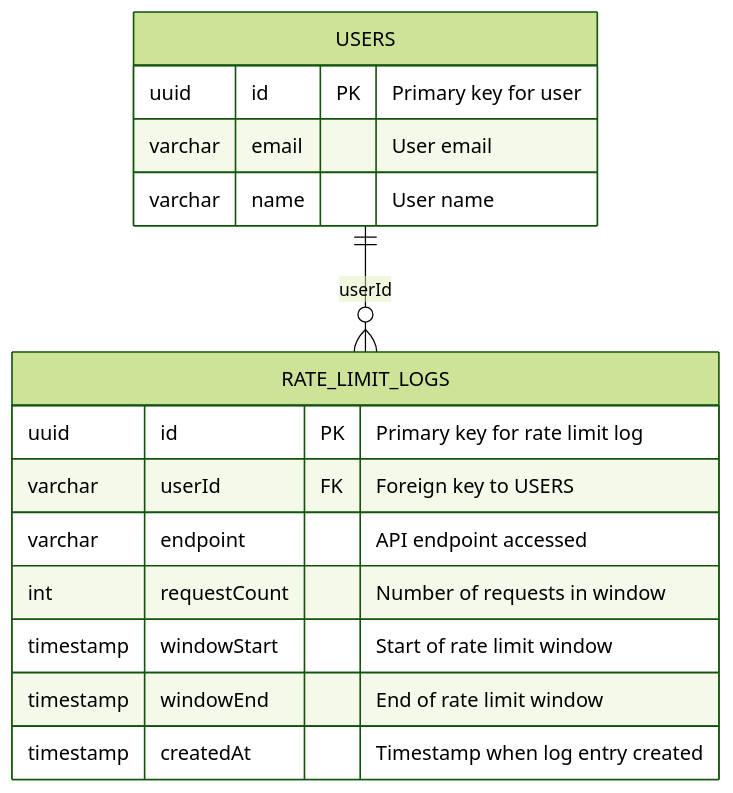
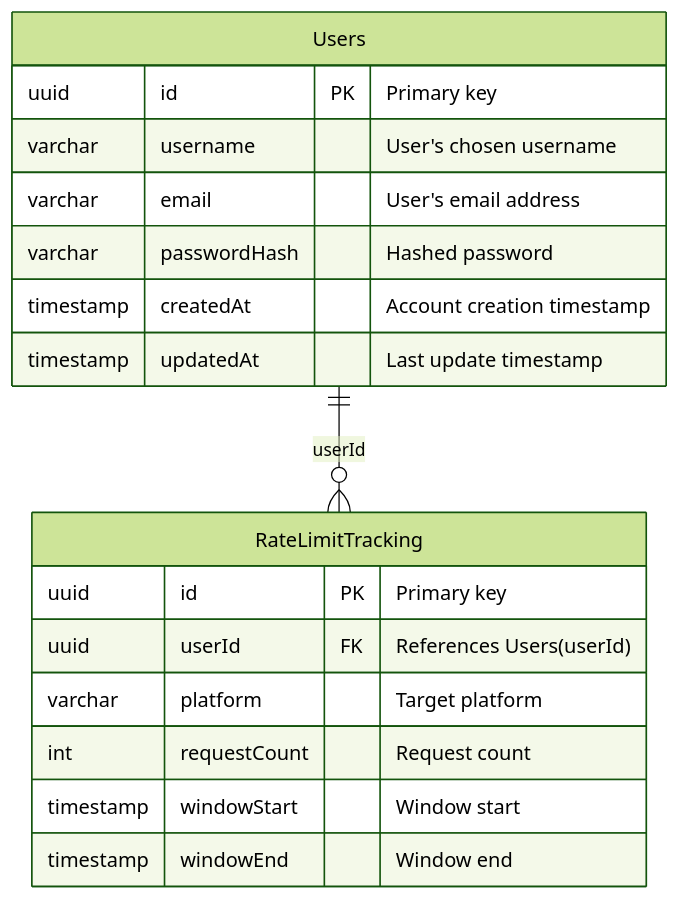
Before and after one commit to hainguyen81/enterprise-it-ai: the fourth of 4 diagrams in sources/storage/business-analysis/social-scheduler/requirements.md, drawn with Mermaid (forest theme). The commit also changed other lines of this file and 4 other files, not shown here.

````diff
--- a/sources/storage/business-analysis/social-scheduler/requirements.md
+++ b/sources/storage/business-analysis/social-scheduler/requirements.md
@@ -163,20 +185,20 @@
-```mermaid
-erDiagram
-    USERS {
-        uuid id PK "Primary key for user"
-        varchar email "User email"
-        varchar name "User name"
-    }
-
-    RATE_LIMIT_LOGS {
-        uuid id PK "Primary key for rate limit log"
-        varchar userId FK "Foreign key to USERS"
-        varchar endpoint "API endpoint accessed"
-        int requestCount "Number of requests in window"
-        timestamp windowStart "Start of rate limit window"
-        timestamp windowEnd "End of rate limit window"
-        timestamp createdAt "Timestamp when log entry created"
-    }
-
-    USERS ||--o{ RATE_LIMIT_LOGS : "userId"
-```
+    ```mermaid
+    erDiagram
+        Users ||--o{ RateLimitTracking : "userId"
+        Users {
+          uuid id PK "Primary key"
+          varchar username "User's chosen username"
+          varchar email "User's email address"
+          varchar passwordHash "Hashed password"
+          timestamp createdAt "Account creation timestamp"
+          timestamp updatedAt "Last update timestamp"
+        }
+        RateLimitTracking {
+          uuid id PK "Primary key"
+          uuid userId FK "References Users(userId)"
+          varchar platform "Target platform"
+          int requestCount "Request count"
+          timestamp windowStart "Window start"
+          timestamp windowEnd "Window end"
+        }
+    ```
````
